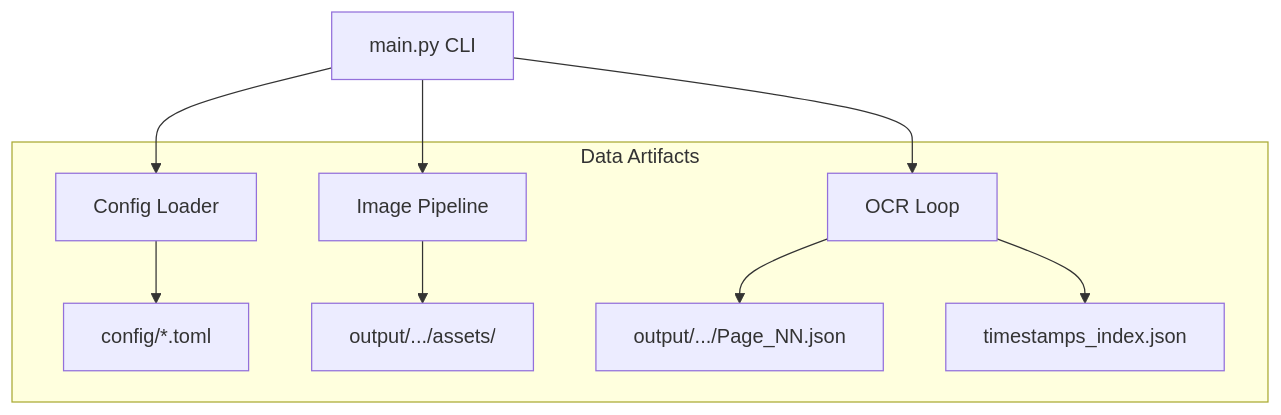
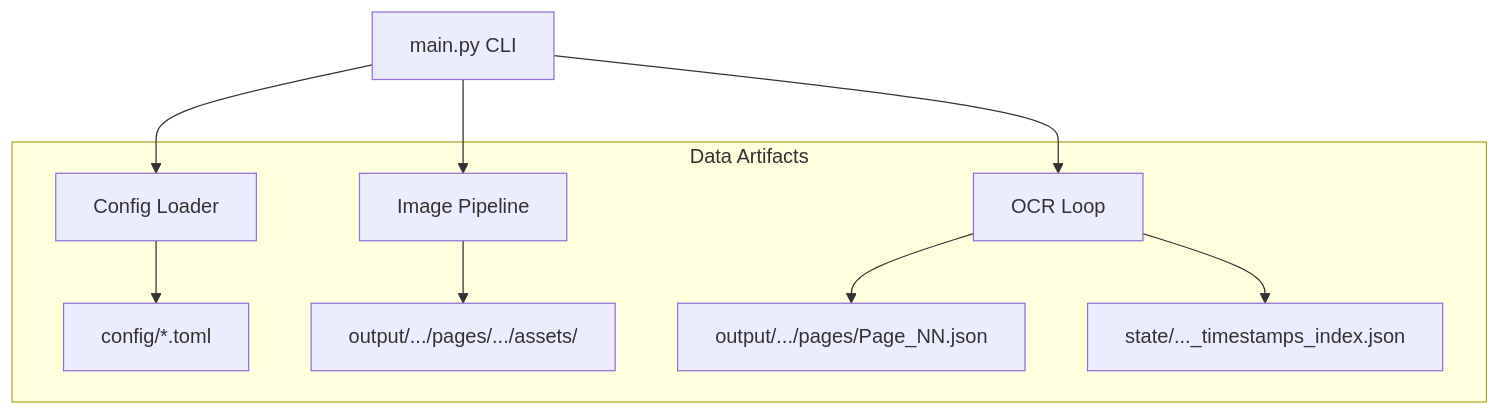
One commit to JeanLouisParent/Nasa-Transcript-Processor changed the diagram in docs/ARCHITECTURE.md. Above: the diagram before and after it, drawn with Mermaid. The commit also changed other lines of this file and 8 other files, not shown here.

````diff
--- a/docs/ARCHITECTURE.md
+++ b/docs/ARCHITECTURE.md
@@ -12,13 +12,13 @@
 ```mermaid
 flowchart TD
     CLI[main.py CLI] --> CFG[Config Loader]
     CLI --> IP[Image Pipeline]
     CLI --> OP[OCR Loop]
 
     subgraph "Data Artifacts"
     CFG --> TOML[config/*.toml]
-    IP --> ASSETS[output/.../assets/]
-    OP --> JSON[output/.../Page_NN.json]
-    OP --> IDX[timestamps_index.json]
+    IP --> ASSETS[output/.../pages/.../assets/]
+    OP --> JSON[output/.../pages/Page_NN.json]
+    OP --> IDX[state/..._timestamps_index.json]
     end
 ```
````
